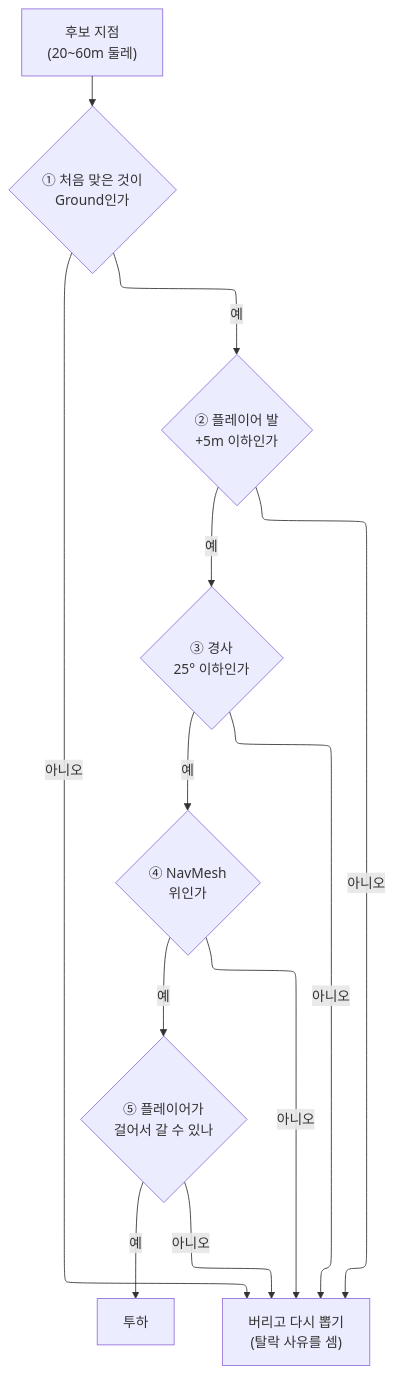
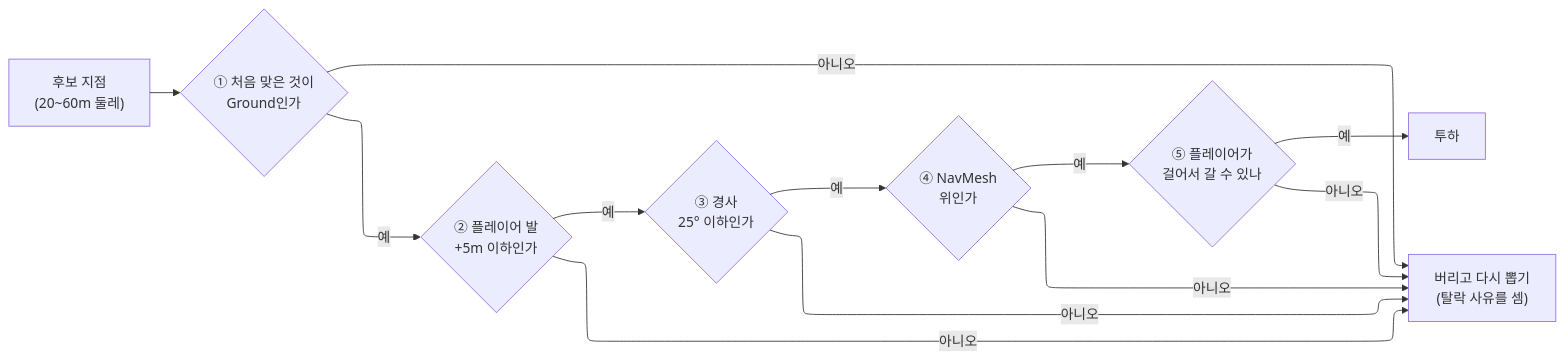
Before and after one commit to pinkshield/portfolio: the fifth of 7 diagrams in src/4-team-even/기술문서.md, drawn with Mermaid. The commit also changed 3 other files, not shown here.

````diff
--- a/src/4-team-even/기술문서.md
+++ b/src/4-team-even/기술문서.md
@@ -260,11 +260,11 @@
 ```mermaid
 %%{init: {"layout": "elk"}}%%
-flowchart TB
+flowchart LR
     C["후보 지점<br/>(20~60m 둘레)"] --> K1{"① 처음 맞은 것이<br/>Ground인가"}
     K1 -->|예| K2{"② 플레이어 발<br/>+5m 이하인가"}
     K2 -->|예| K3{"③ 경사<br/>25° 이하인가"}
     K3 -->|예| K4{"④ NavMesh<br/>위인가"}
     K4 -->|예| K5{"⑤ 플레이어가<br/>걸어서 갈 수 있나"}
     K5 -->|예| OK["투하"]
     K1 & K2 & K3 & K4 & K5 -->|아니오| R["버리고 다시 뽑기<br/>(탈락 사유를 셈)"]
 ```
````
